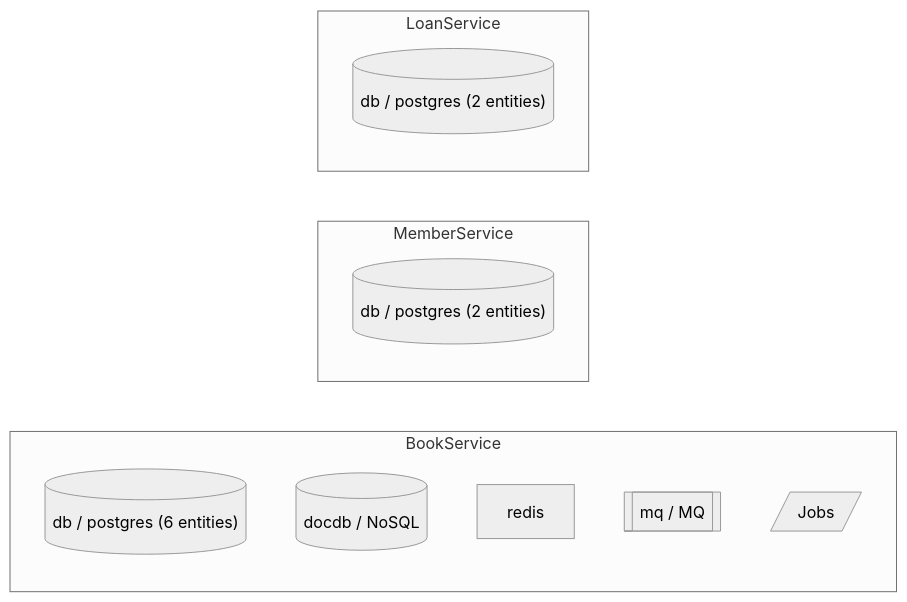
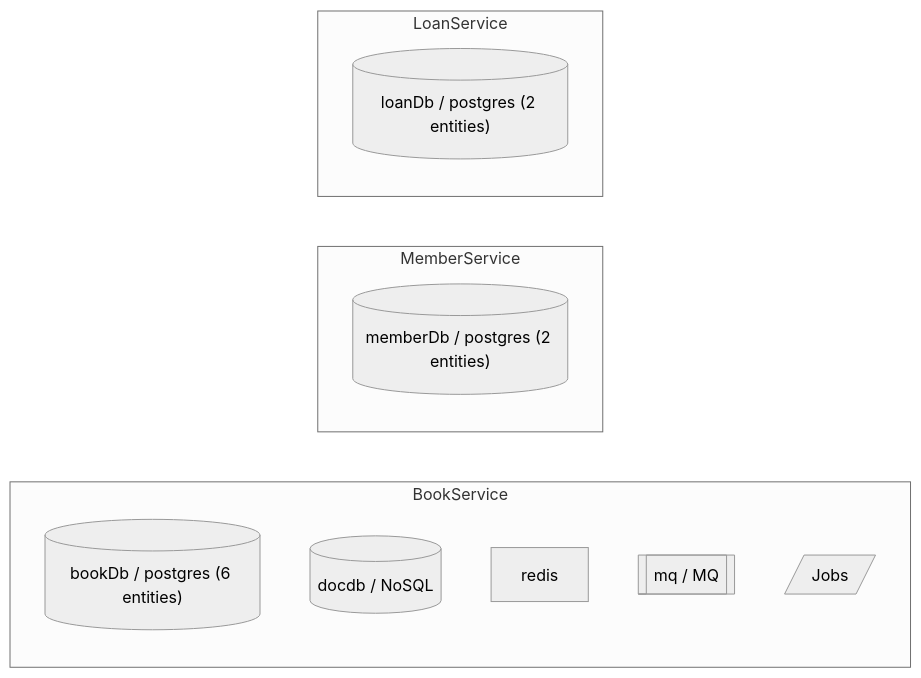
One commit to keturk/datrix changed the diagram in examples/01-tutorial/24-nosql/docs/diagrams/infrastructure.md. Above: the diagram before and after it, drawn with Mermaid (neutral theme). The commit also changed 158 other files, not shown here.

First line of the commit message:
Examples: name RDBMS blocks and align diagrams/docs with multi-datasource style

````diff
--- a/examples/01-tutorial/24-nosql/docs/diagrams/infrastructure.md
+++ b/examples/01-tutorial/24-nosql/docs/diagrams/infrastructure.md
@@ -3,16 +3,16 @@
 ```mermaid
 graph LR
     subgraph "BookService"
-    book_service_rdbms_db[("db / postgres (6 entities)")]
+    book_service_rdbms_book_db[("bookDb / postgres (6 entities)")]
     book_service_nosql_docdb[("docdb / NoSQL")]
     book_service_cache["redis"]
     book_service_mq_mq[["mq / MQ"]]
     book_service_jobs[/"Jobs"/]
     end
     subgraph "MemberService"
-    member_service_rdbms_db[("db / postgres (2 entities)")]
+    member_service_rdbms_member_db[("memberDb / postgres (2 entities)")]
     end
     subgraph "LoanService"
-    loan_service_rdbms_db[("db / postgres (2 entities)")]
+    loan_service_rdbms_loan_db[("loanDb / postgres (2 entities)")]
     end
 ```
````
